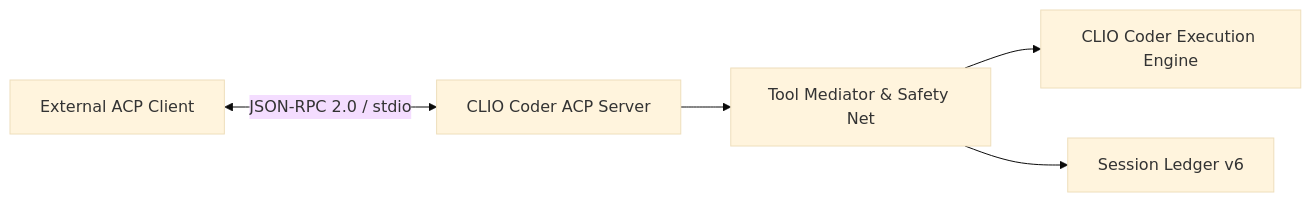
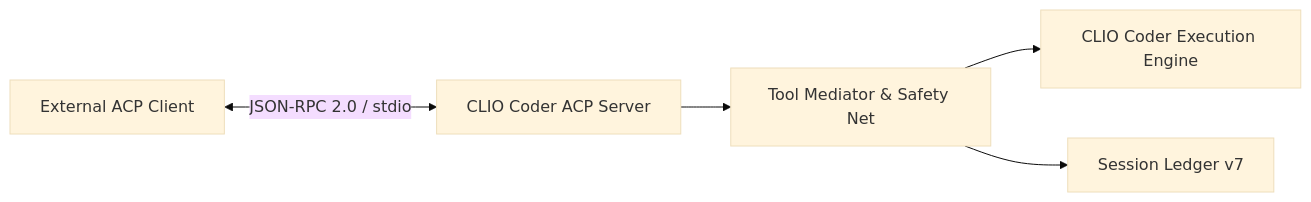
Before and after one commit to iowarp/clio-coder: the diagram in docs/architecture/acp.md, drawn with Mermaid (base theme). The commit also changed other lines of this file and 2 other files, not shown here.

Commit message:
docs(architecture): bring ACP and session lifecycle pages to format 7

````diff
--- a/docs/architecture/acp.md
+++ b/docs/architecture/acp.md
@@ -11,7 +11,7 @@
 ```mermaid
 graph LR
     client[External ACP Client] <-->|JSON-RPC 2.0 / stdio| server[CLIO Coder ACP Server]
     server --> mediator[Tool Mediator & Safety Net]
     mediator --> engine[CLIO Coder Execution Engine]
-    mediator --> session[Session Ledger v6]
+    mediator --> session[Session Ledger v7]
 ```
````
